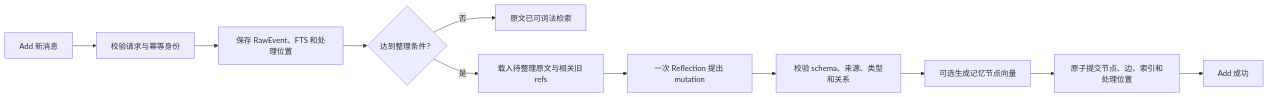
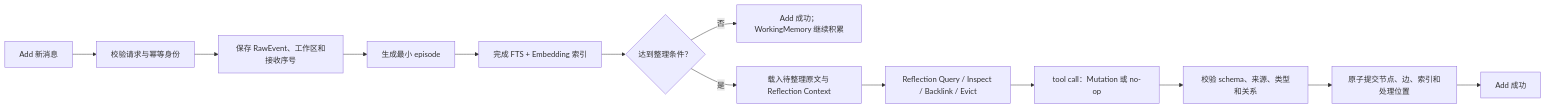
The first of 5 diagrams in DESIGN.md (Graygoo7529/AM-Link), drawn with Mermaid before and after one commit. The commit also changed other lines of this file and 42 other files, not shown here.

````diff
--- a/DESIGN.md
+++ b/DESIGN.md
@@ -35,13 +35,15 @@
 ```mermaid
 flowchart LR
   A[Add 新消息] --> B[校验请求与幂等身份]
-  B --> C[保存 RawEvent、FTS 和处理位置]
-  C --> D{达到整理条件？}
-  D -->|否| E[原文已可词法检索]
-  D -->|是| F[载入待整理原文与相关旧 refs]
-  F --> G[一次 Reflection 提出 mutation]
-  G --> H[校验 schema、来源、类型和关系]
-  H --> I[可选生成记忆节点向量]
-  I --> J[原子提交节点、边、索引和处理位置]
-  J --> K[Add 成功]
+  B --> C[保存 RawEvent、工作区和接收序号]
+  C --> D[生成最小 episode]
+  D --> E[完成 FTS + Embedding 索引]
+  E --> F{达到整理条件？}
+  F -->|否| G[Add 成功；WorkingMemory 继续积累]
+  F -->|是| H[载入待整理原文与 Reflection Context]
+  H --> I[Reflection Query / Inspect / Backlink / Evict]
+  I --> J[tool call：Mutation 或 no-op]
+  J --> K[校验 schema、来源、类型和关系]
+  K --> L[原子提交节点、边、索引和处理位置]
+  L --> M[Add 成功]
 ```
````
